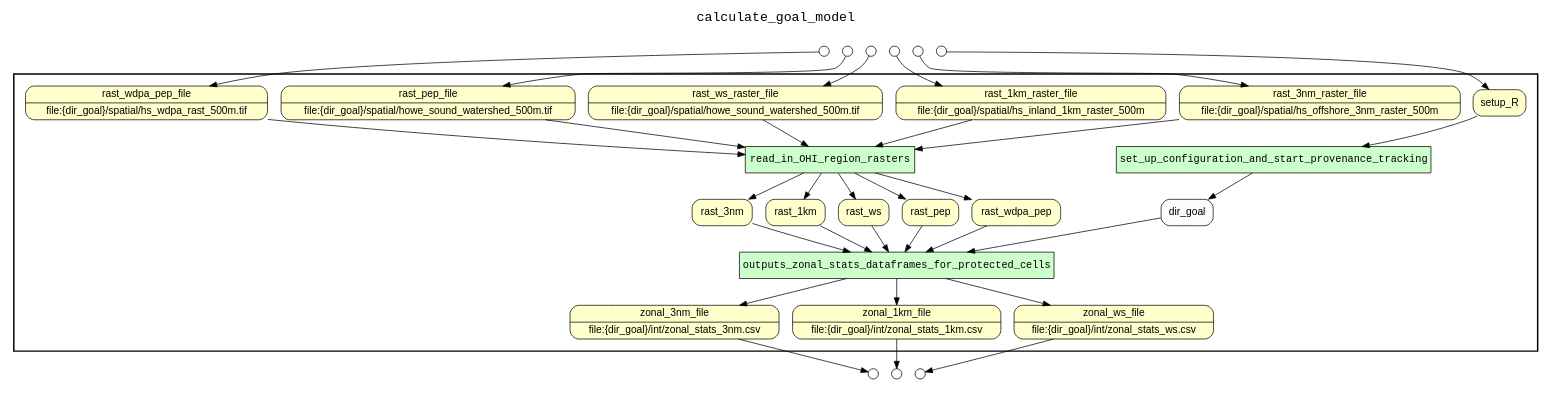
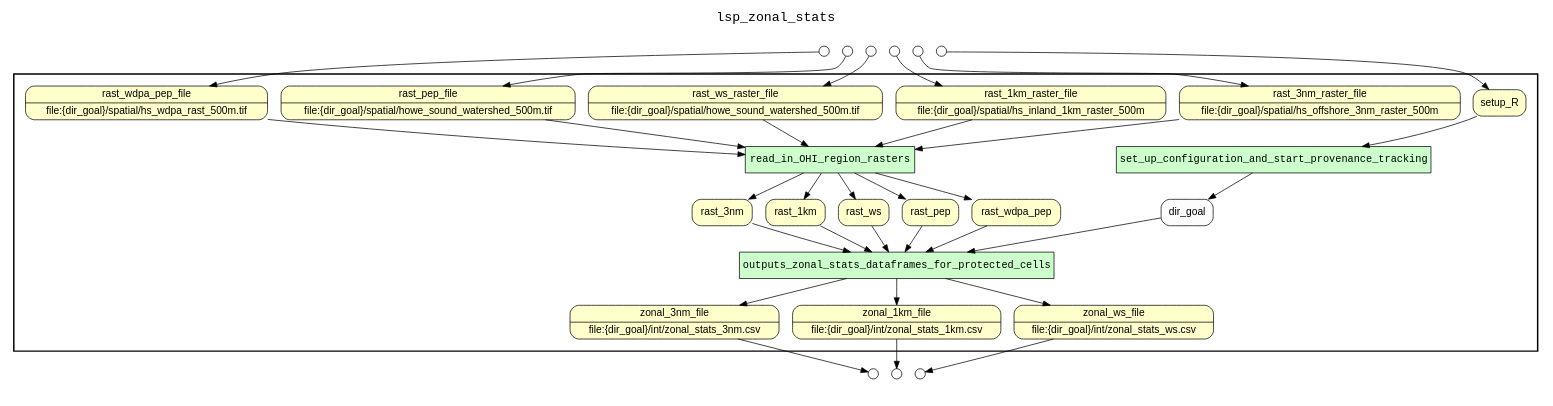
Before and after one commit to sycao5/runManager-multipleRuns: the diagram in examples/OHIBC_Howe_Sound/yw prospective figures only/results/lsp_zonal_stats_complete_wf_graph_uri.gv, drawn with Graphviz. The commit also changed 41 other files, not shown here.

Commit message:
Change the YW top-level WF name the same as the script name. The top-level YW tag is used as title of WF graphs.

```diff
--- a/examples/OHIBC_Howe_Sound/yw prospective figures only/results/lsp_zonal_stats_complete_wf_graph_uri.gv
+++ b/examples/OHIBC_Howe_Sound/yw prospective figures only/results/lsp_zonal_stats_complete_wf_graph_uri.gv
@@ -1,76 +1,76 @@
 digraph Workflow {
 rankdir=TB
 fontname=Courier; fontsize=18; labelloc=t
-label=calculate_goal_model
+label=lsp_zonal_stats
 subgraph cluster_workflow_box_outer { label=""; color=black; penwidth=2
 subgraph cluster_workflow_box_inner { label=""; color=white
 node[shape=box style=filled fillcolor="#CCFFCC" peripheries=1 fontname=Courier]
 set_up_configuration_and_start_provenance_tracking
 read_in_OHI_region_rasters
 outputs_zonal_stats_dataframes_for_protected_cells
 node[shape=box style="rounded,filled" fillcolor="#FFFFCC" peripheries=1 fontname=Helvetica]
 zonal_3nm_file [shape=record rankdir=LR label="{<f0> zonal_3nm_file |<f1> file\:\{dir_goal\}/int/zonal_stats_3nm.csv}"];
 zonal_1km_file [shape=record rankdir=LR label="{<f0> zonal_1km_file |<f1> file\:\{dir_goal\}/int/zonal_stats_1km.csv}"];
 zonal_ws_file [shape=record rankdir=LR label="{<f0> zonal_ws_file |<f1> file\:\{dir_goal\}/int/zonal_stats_ws.csv}"];
 setup_R
 rast_3nm_raster_file [shape=record rankdir=LR label="{<f0> rast_3nm_raster_file |<f1> file\:\{dir_goal\}/spatial/hs_offshore_3nm_raster_500m}"];
 rast_1km_raster_file [shape=record rankdir=LR label="{<f0> rast_1km_raster_file |<f1> file\:\{dir_goal\}/spatial/hs_inland_1km_raster_500m}"];
 rast_ws_raster_file [shape=record rankdir=LR label="{<f0> rast_ws_raster_file |<f1> file\:\{dir_goal\}/spatial/howe_sound_watershed_500m.tif}"];
 rast_pep_file [shape=record rankdir=LR label="{<f0> rast_pep_file |<f1> file\:\{dir_goal\}/spatial/howe_sound_watershed_500m.tif}"];
 rast_wdpa_pep_file [shape=record rankdir=LR label="{<f0> rast_wdpa_pep_file |<f1> file\:\{dir_goal\}/spatial/hs_wdpa_rast_500m.tif}"];
 rast_3nm
 rast_1km
 rast_ws
 rast_pep
 rast_wdpa_pep
 node[shape=box style="rounded,filled" fillcolor="#FCFCFC" peripheries=1 fontname=Helvetica]
 dir_goal
 set_up_configuration_and_start_provenance_tracking -> dir_goal
 setup_R -> set_up_configuration_and_start_provenance_tracking
 read_in_OHI_region_rasters -> rast_3nm
 read_in_OHI_region_rasters -> rast_1km
 read_in_OHI_region_rasters -> rast_ws
 read_in_OHI_region_rasters -> rast_pep
 read_in_OHI_region_rasters -> rast_wdpa_pep
 rast_3nm_raster_file -> read_in_OHI_region_rasters
 rast_1km_raster_file -> read_in_OHI_region_rasters
 rast_ws_raster_file -> read_in_OHI_region_rasters
 rast_pep_file -> read_in_OHI_region_rasters
 rast_wdpa_pep_file -> read_in_OHI_region_rasters
 outputs_zonal_stats_dataframes_for_protected_cells -> zonal_3nm_file
 outputs_zonal_stats_dataframes_for_protected_cells -> zonal_1km_file
 outputs_zonal_stats_dataframes_for_protected_cells -> zonal_ws_file
 dir_goal -> outputs_zonal_stats_dataframes_for_protected_cells
 rast_3nm -> outputs_zonal_stats_dataframes_for_protected_cells
 rast_1km -> outputs_zonal_stats_dataframes_for_protected_cells
 rast_ws -> outputs_zonal_stats_dataframes_for_protected_cells
 rast_pep -> outputs_zonal_stats_dataframes_for_protected_cells
 rast_wdpa_pep -> outputs_zonal_stats_dataframes_for_protected_cells
 }}
 subgraph cluster_input_ports_group_outer { label=""; color=white
 subgraph cluster_input_ports_group_inner { label=""; color=white
 node[shape=circle style="rounded,filled" fillcolor="#FFFFFF" peripheries=1 fontname=Helvetica width=0.2]
 setup_R_input_port [label=""]
 rast_3nm_raster_file_input_port [label=""]
 rast_1km_raster_file_input_port [label=""]
 rast_ws_raster_file_input_port [label=""]
 rast_pep_file_input_port [label=""]
 rast_wdpa_pep_file_input_port [label=""]
 }}
 subgraph cluster_output_ports_group_outer { label=""; color=white
 subgraph cluster_output_ports_group_inner { label=""; color=white
 node[shape=circle style="rounded,filled" fillcolor="#FFFFFF" peripheries=1 fontname=Helvetica width=0.2]
 zonal_3nm_file_output_port [label=""]
 zonal_1km_file_output_port [label=""]
 zonal_ws_file_output_port [label=""]
 }}
 setup_R_input_port -> setup_R
 rast_3nm_raster_file_input_port -> rast_3nm_raster_file
 rast_1km_raster_file_input_port -> rast_1km_raster_file
 rast_ws_raster_file_input_port -> rast_ws_raster_file
 rast_pep_file_input_port -> rast_pep_file
 rast_wdpa_pep_file_input_port -> rast_wdpa_pep_file
 zonal_3nm_file -> zonal_3nm_file_output_port
 zonal_1km_file -> zonal_1km_file_output_port
 zonal_ws_file -> zonal_ws_file_output_port
 }
```
